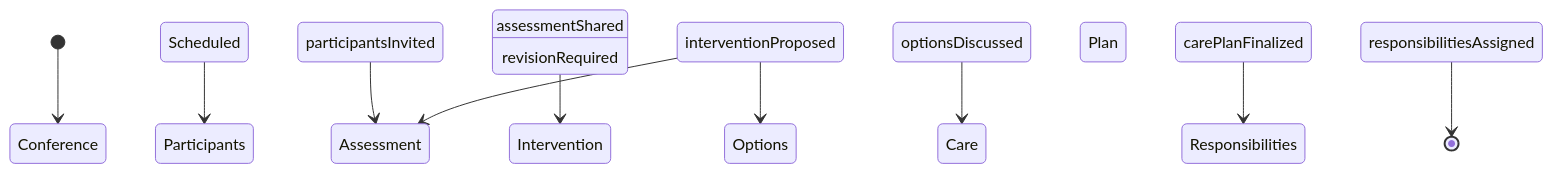
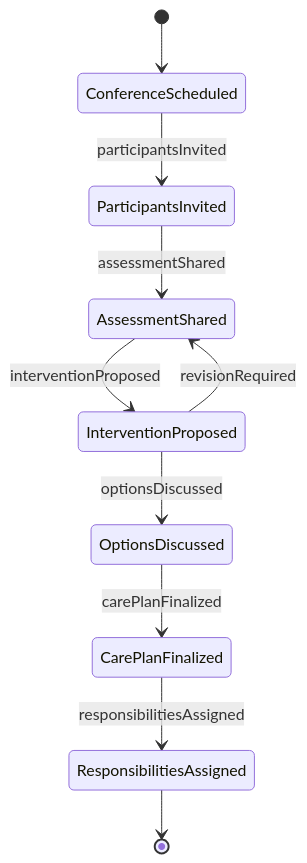
Before and after one commit to dot-org-ai/tasks.org.ai: the second of 4 diagrams in CommunicatingWithSupervisorsPeersOrSubordinates/ConferWithHealthcareOrOtherProfessionalsAboutPatientCare/ConferProfessionalsPlanPatientCare.mdx, drawn with Mermaid. The commit also changed other lines of this file and 515 other files, not shown here.

````diff
--- a/CommunicatingWithSupervisorsPeersOrSubordinates/ConferWithHealthcareOrOtherProfessionalsAboutPatientCare/ConferProfessionalsPlanPatientCare.mdx
+++ b/CommunicatingWithSupervisorsPeersOrSubordinates/ConferWithHealthcareOrOtherProfessionalsAboutPatientCare/ConferProfessionalsPlanPatientCare.mdx
@@ -99,12 +99,12 @@
 ```mermaid
 stateDiagram-v2
-    [*] --> Conference Scheduled
-    Conference Scheduled --> Participants Invited : participantsInvited
-    Participants Invited --> Assessment Shared : assessmentShared
-    Assessment Shared --> Intervention Proposed : interventionProposed
-    Intervention Proposed --> Options Discussed : optionsDiscussed
-    Options Discussed --> Care Plan Finalized : carePlanFinalized
-    Care Plan Finalized --> Responsibilities Assigned : responsibilitiesAssigned
-    Intervention Proposed --> Assessment Shared : revisionRequired
-    Responsibilities Assigned --> [*]
+    [*] --> ConferenceScheduled
+    ConferenceScheduled --> ParticipantsInvited : participantsInvited
+    ParticipantsInvited --> AssessmentShared : assessmentShared
+    AssessmentShared --> InterventionProposed : interventionProposed
+    InterventionProposed --> OptionsDiscussed : optionsDiscussed
+    OptionsDiscussed --> CarePlanFinalized : carePlanFinalized
+    CarePlanFinalized --> ResponsibilitiesAssigned : responsibilitiesAssigned
+    InterventionProposed --> AssessmentShared : revisionRequired
+    ResponsibilitiesAssigned --> [*]
 ```
````
